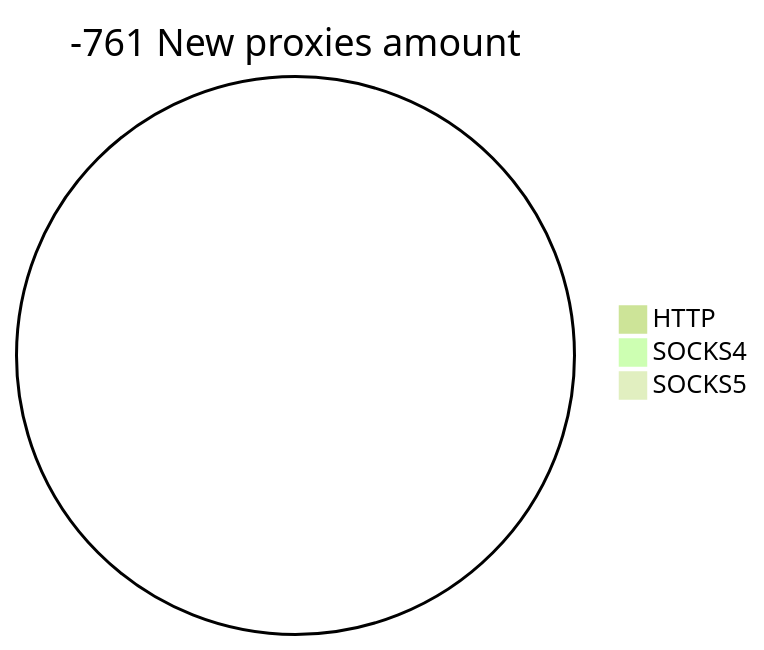
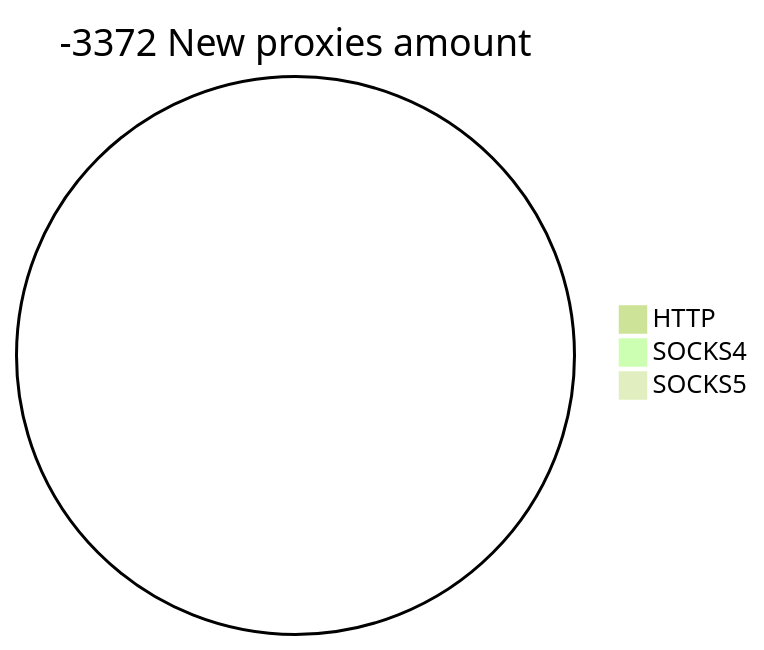
One commit to cutipu/proxylist changed the second of 2 diagrams in README.md. Above: the diagram before and after it, drawn with Mermaid (forest theme). The commit also changed other lines of this file, not shown here.

````diff
--- a/README.md
+++ b/README.md
@@ -10,6 +10,6 @@
 ```mermaid
-pie title -761 New proxies amount
+pie title -3372 New proxies amount
     "HTTP" : 0
     "SOCKS4" : 0
     "SOCKS5" : 0
 ```
````
